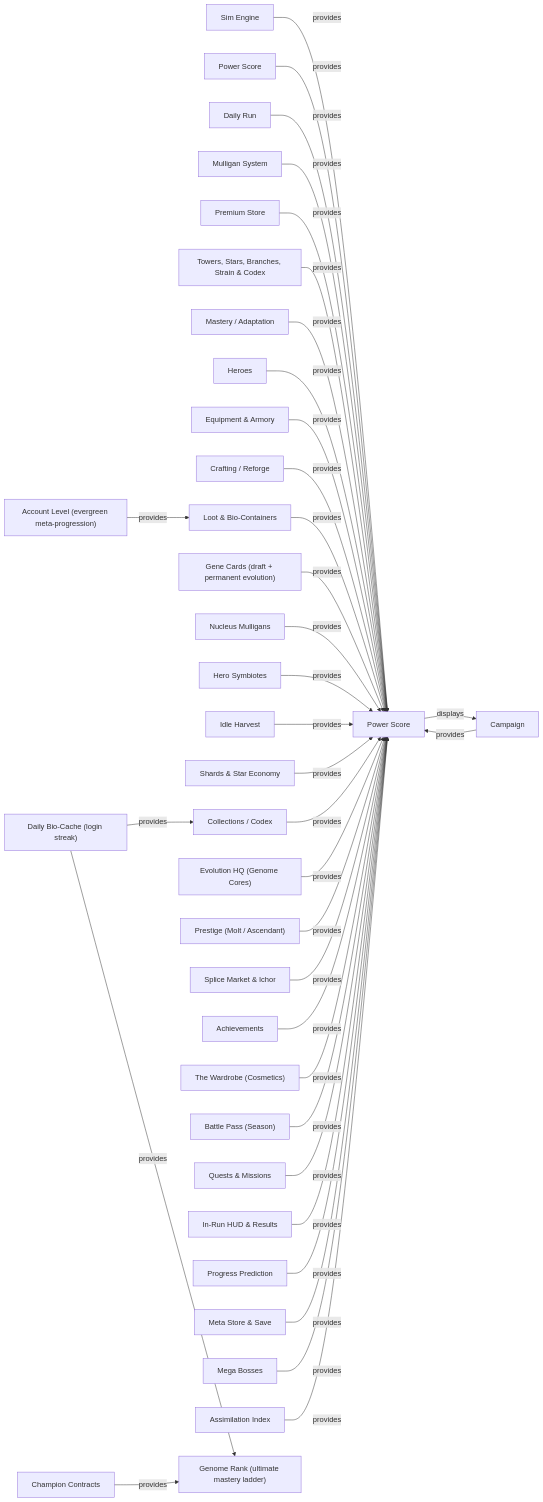
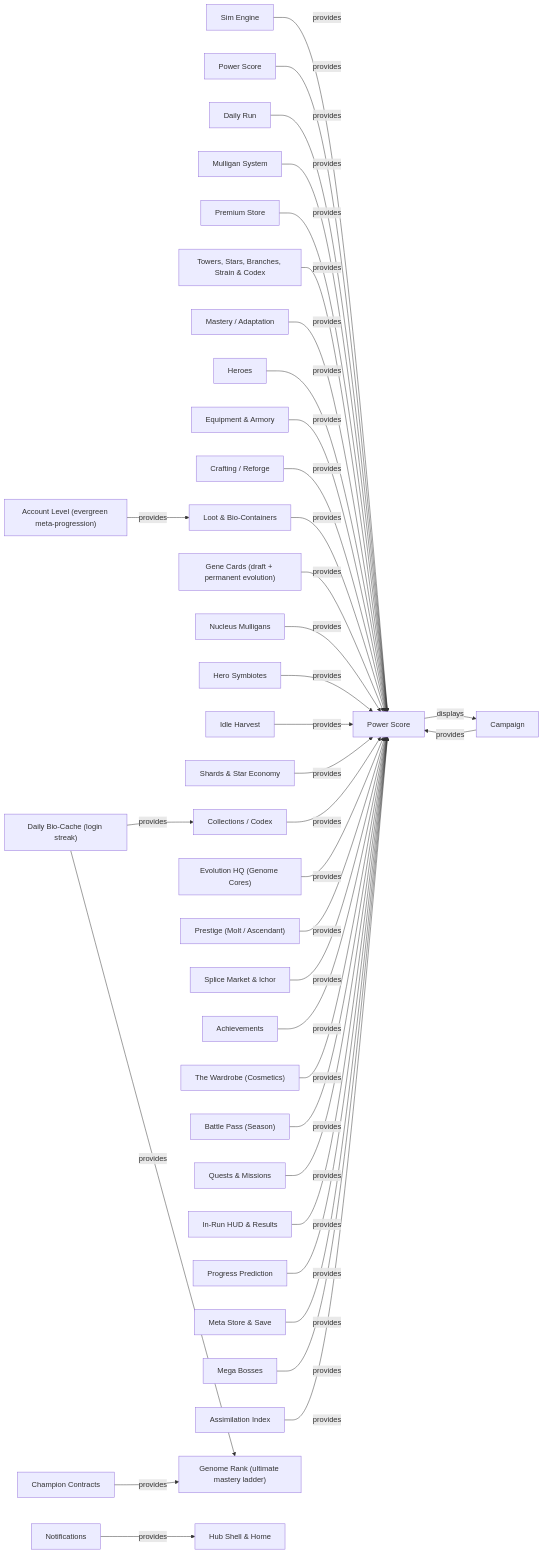
One commit to jathanalston-ship-it/TowerDefenseGame changed the second of 4 diagrams in docs/DIL_GRAPH.md. Above: the diagram before and after it, drawn with Mermaid. The commit also changed other lines of this file and 22 other files, not shown here.

````diff
--- a/docs/DIL_GRAPH.md
+++ b/docs/DIL_GRAPH.md
@@ -159,38 +159,39 @@
 ```mermaid
 graph LR
   system_engine["Sim Engine"] -->|provides| concept_power_score["Power Score"]
   system_power["Power Score"] -->|provides| concept_power_score["Power Score"]
   system_campaign["Campaign"] -->|provides| concept_power_score["Power Score"]
   system_daily["Daily Run"] -->|provides| concept_power_score["Power Score"]
   system_mulligans["Mulligan System"] -->|provides| concept_power_score["Power Score"]
   system_premium["Premium Store"] -->|provides| concept_power_score["Power Score"]
   system_towers["Towers, Stars, Branches, Strain & Codex"] -->|provides| concept_power_score["Power Score"]
   system_mastery["Mastery / Adaptation"] -->|provides| concept_power_score["Power Score"]
   system_heroes["Heroes"] -->|provides| concept_power_score["Power Score"]
   system_equipment["Equipment & Armory"] -->|provides| concept_power_score["Power Score"]
   system_crafting["Crafting / Reforge"] -->|provides| concept_power_score["Power Score"]
   system_loot["Loot & Bio-Containers"] -->|provides| concept_power_score["Power Score"]
   system_gene_cards["Gene Cards (draft + permanent evolution)"] -->|provides| concept_power_score["Power Score"]
   system_nucleus["Nucleus Mulligans"] -->|provides| concept_power_score["Power Score"]
   system_hero_symbiotes["Hero Symbiotes"] -->|provides| concept_power_score["Power Score"]
   system_idle_harvest["Idle Harvest"] -->|provides| concept_power_score["Power Score"]
   system_shards_economy["Shards & Star Economy"] -->|provides| concept_power_score["Power Score"]
   system_collection["Collections / Codex"] -->|provides| concept_power_score["Power Score"]
   system_evolution_hq["Evolution HQ (Genome Cores)"] -->|provides| concept_power_score["Power Score"]
   system_prestige["Prestige (Molt / Ascendant)"] -->|provides| concept_power_score["Power Score"]
   system_splice_market["Splice Market & Ichor"] -->|provides| concept_power_score["Power Score"]
   system_achievements["Achievements"] -->|provides| concept_power_score["Power Score"]
   system_cosmetics["The Wardrobe (Cosmetics)"] -->|provides| concept_power_score["Power Score"]
   system_battle_pass["Battle Pass (Season)"] -->|provides| concept_power_score["Power Score"]
   system_quests["Quests & Missions"] -->|provides| concept_power_score["Power Score"]
   system_run_ui["In-Run HUD & Results"] -->|provides| concept_power_score["Power Score"]
   system_prediction["Progress Prediction"] -->|provides| concept_power_score["Power Score"]
   system_meta_store["Meta Store & Save"] -->|provides| concept_power_score["Power Score"]
   system_mega_bosses["Mega Bosses"] -->|provides| concept_power_score["Power Score"]
   system_assimilation["Assimilation Index"] -->|provides| concept_power_score["Power Score"]
   system_daily_login["Daily Bio-Cache (login streak)"] -->|provides| system_genome_rank["Genome Rank (ultimate mastery ladder)"]
   system_daily_login["Daily Bio-Cache (login streak)"] -->|provides| system_collection["Collections / Codex"]
   concept_power_score["Power Score"] -->|displays| system_campaign["Campaign"]
   system_account_level["Account Level (evergreen meta-progression)"] -->|provides| system_loot["Loot & Bio-Containers"]
   system_contracts["Champion Contracts"] -->|provides| system_genome_rank["Genome Rank (ultimate mastery ladder)"]
+  system_notifications["Notifications"] -->|provides| system_hub_shell["Hub Shell & Home"]
 ```
````
